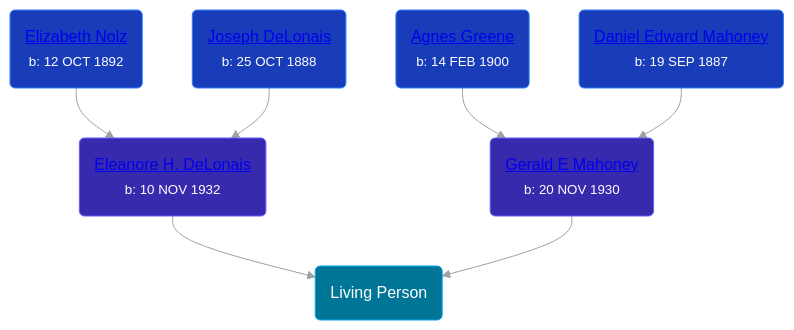
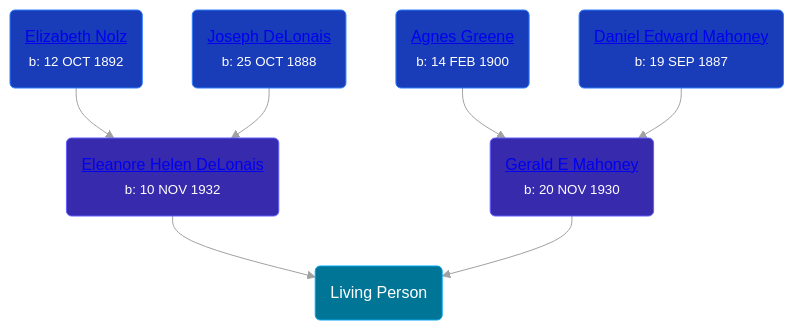
One commit to wpmgotkh/wpmgotkh.github.io changed the diagram in pages/people/8/82431921.md. Above: the diagram before and after it, drawn with Mermaid. The commit also changed other lines of this file and 213 other files, not shown here.

````diff
--- a/pages/people/8/82431921.md
+++ b/pages/people/8/82431921.md
@@ -10,14 +10,14 @@
 ```mermaid
 graph
 classDef grands fill:#193cb8,stroke:#2b7fff,stroke-width:1px,color:#fff;
 classDef parents fill:#372aac,stroke:#615fff,stroke-width:1px,color:#fff;
 classDef primary fill:#007595,stroke:#00a6f4,stroke-width:1px,color:#fff;
 82431921(Living Person):::primary
-45463626(<a class="text-white" href="/people/4/45463626">Eleanore H. DeLonais</a><br /><small>b: 10 NOV 1932</small>):::parents-->82431921
+45463626(<a class="text-white" href="/people/4/45463626">Eleanore Helen DeLonais</a><br /><small>b: 10 NOV 1932</small>):::parents-->82431921
 37387446(<a class="text-white" href="/people/3/37387446">Elizabeth Nolz</a><br /><small>b: 12 OCT 1892</small>):::grands-->45463626
 72748828(<a class="text-white" href="/people/7/72748828">Joseph DeLonais</a><br /><small>b: 25 OCT 1888</small>):::grands-->45463626
 10062624(<a class="text-white" href="/people/1/10062624">Gerald E Mahoney</a><br /><small>b: 20 NOV 1930</small>):::parents-->82431921
 15565254(<a class="text-white" href="/people/1/15565254">Agnes Greene</a><br /><small>b: 14 FEB 1900</small>):::grands-->10062624
 24117676(<a class="text-white" href="/people/2/24117676">Daniel Edward Mahoney</a><br /><small>b: 19 SEP 1887</small>):::grands-->10062624
 linkStyle default stroke:#a1a1a1
 ```
````
